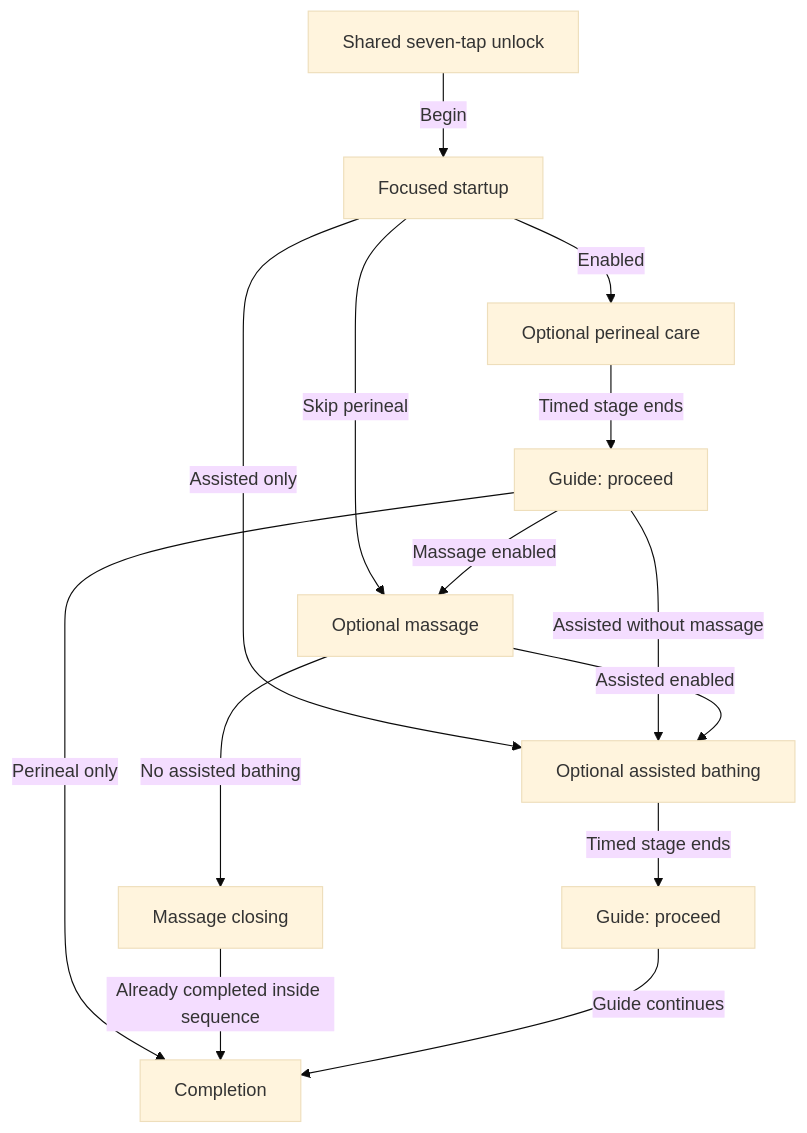
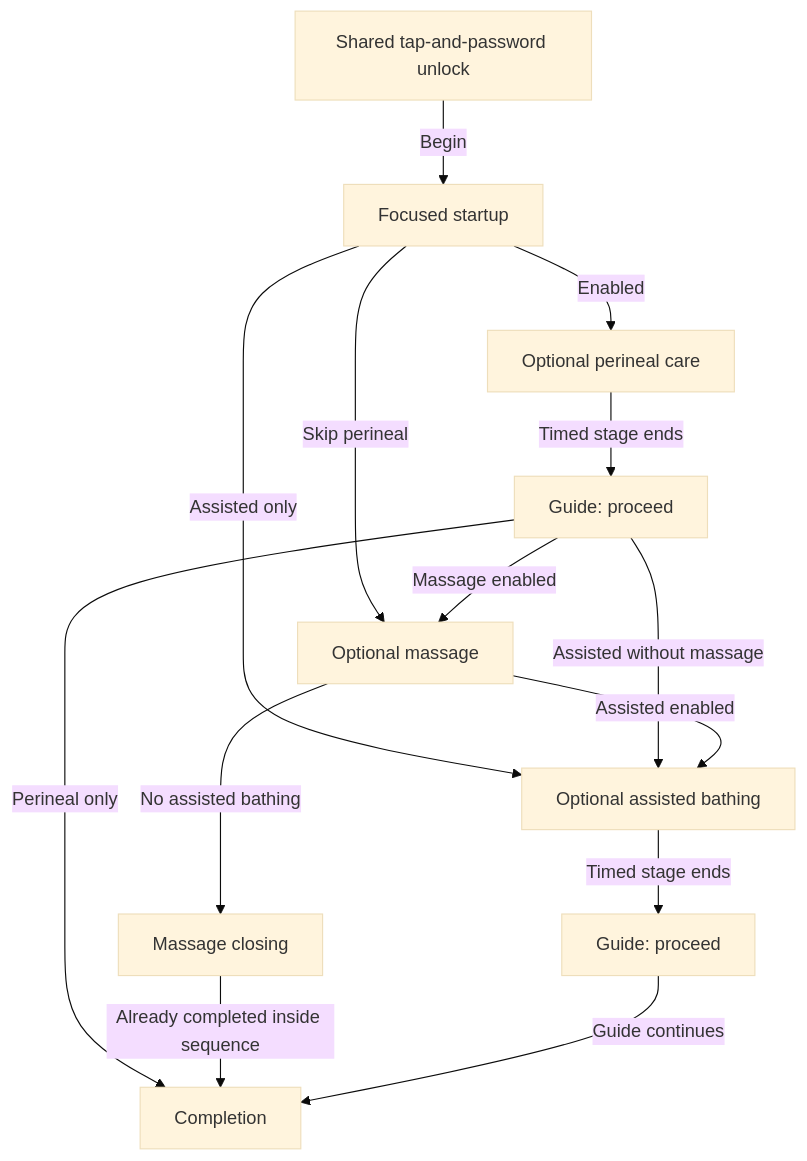
Before and after one commit to missionode/lite: the tenth of 25 diagrams in docs/app-map/FLOW-REFERENCE.md, drawn with Mermaid (base theme). The commit also changed other lines of this file and 14 other files, not shown here.

````diff
--- a/docs/app-map/FLOW-REFERENCE.md
+++ b/docs/app-map/FLOW-REFERENCE.md
@@ -488,25 +488,25 @@
 ```mermaid
 flowchart TD
-  unlock["Shared seven-tap unlock"]
+  unlock["Shared tap-and-password unlock"]
   start["Focused startup"]
   perineal["Optional perineal care"]
   gate1["Guide: proceed"]
   massage["Optional massage"]
   closing["Massage closing"]
   assisted["Optional assisted bathing"]
   gate2["Guide: proceed"]
   finish["Completion"]
   unlock -->|"Begin"| start
   start -->|"Enabled"| perineal
   start -->|"Skip perineal"| massage
   start -->|"Assisted only"| assisted
   perineal -->|"Timed stage ends"| gate1
   gate1 -->|"Massage enabled"| massage
   gate1 -->|"Assisted without massage"| assisted
   gate1 -->|"Perineal only"| finish
   massage -->|"No assisted bathing"| closing
   massage -->|"Assisted enabled"| assisted
   closing -->|"Already completed inside sequence"| finish
   assisted -->|"Timed stage ends"| gate2
   gate2 -->|"Guide continues"| finish
 ```
````
